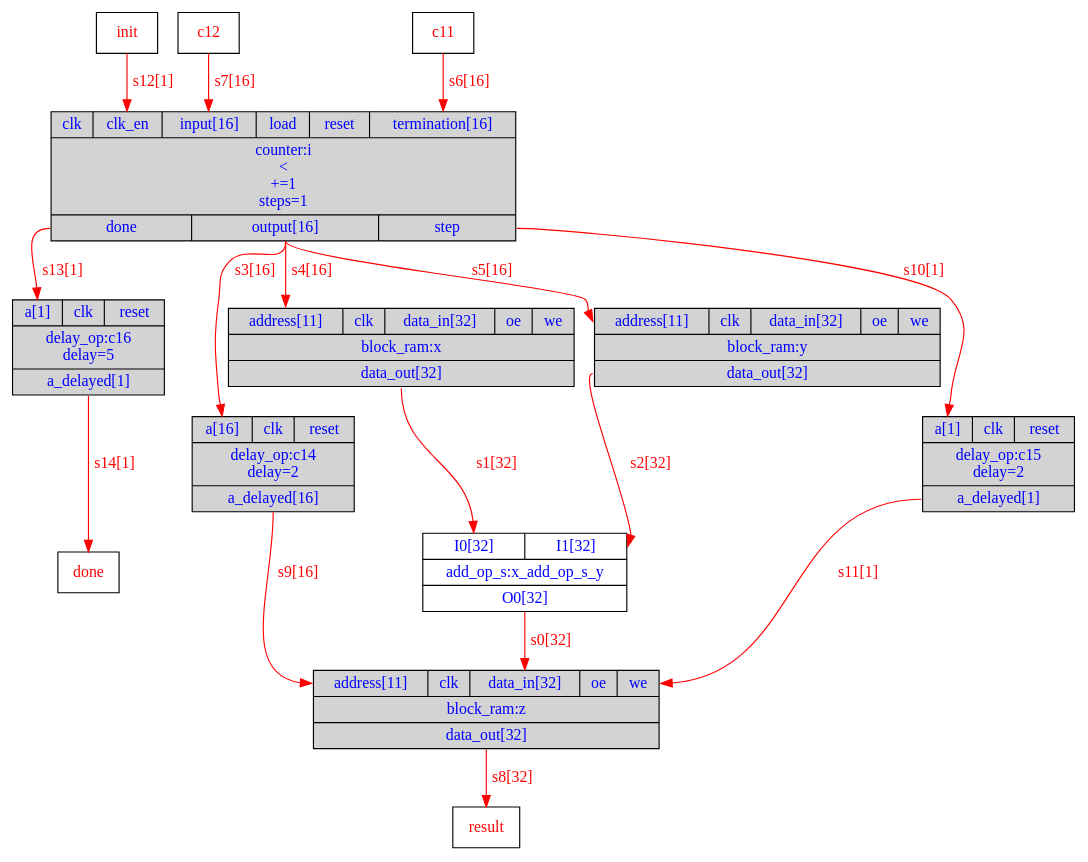
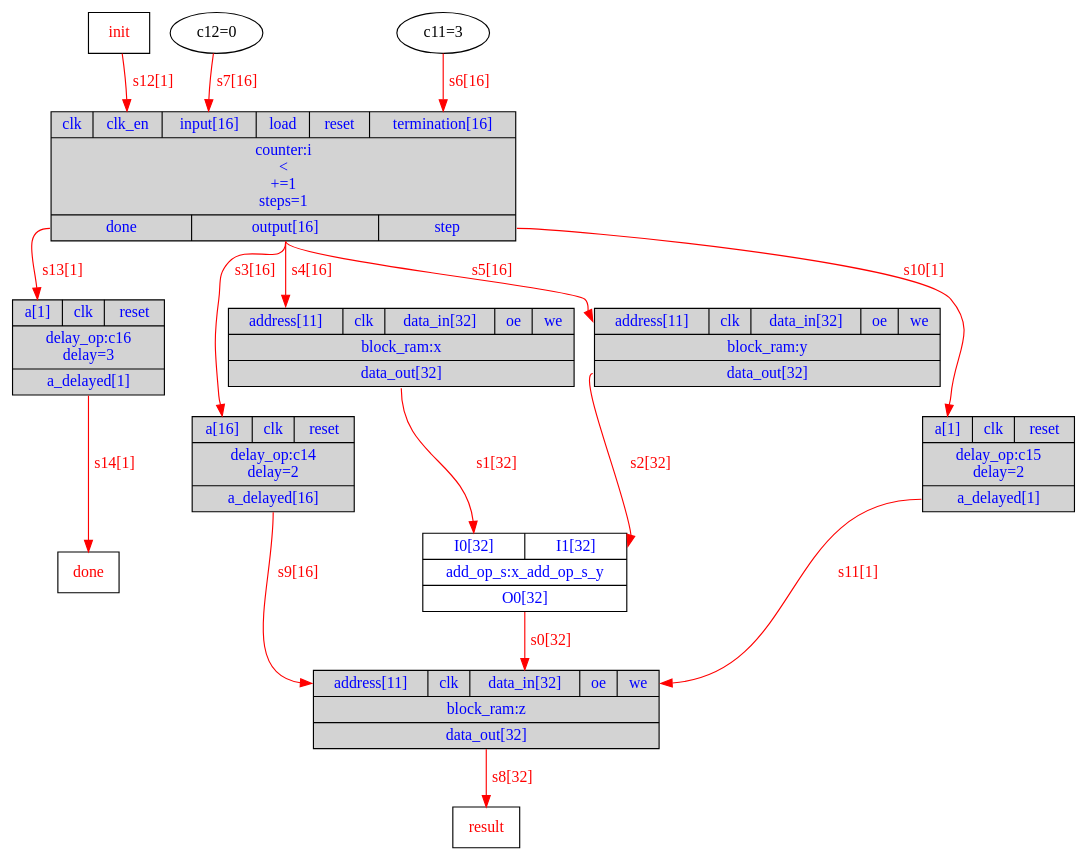
Before and after one commit to menotti/lalp: the diagram in Exemplos/vecsum/DOT/Exemplo_HW.dot, drawn with Graphviz. The commit also changed 44 other files, not shown here.

```diff
--- a/Exemplos/vecsum/DOT/Exemplo_HW.dot
+++ b/Exemplos/vecsum/DOT/Exemplo_HW.dot
@@ -1,27 +1,27 @@
 digraph diagram {
 // Components (Nodes) 
 "i" [shape=record, fontcolor=blue, style="filled", fillcolor="lightgray", label="{{<clk>clk|<clk_en>clk_en|<input>input[16]|<load>load|<reset>reset|<termination>termination[16]}|counter:i\n\<\n+=1\nsteps=1|{<done>done|<output>output[16]|<step>step}}"]; 
 "z" [shape=record, fontcolor=blue, style="filled", fillcolor="lightgray", label="{{<address>address[11]|<clk>clk|<data_in>data_in[32]|<oe>oe|<we>we}|block_ram:z|{<data_out>data_out[32]}}"]; 
 "x_add_op_s_y" [shape=record, fontcolor=blue, label="{{<I0>I0[32]|<I1>I1[32]}|add_op_s:x_add_op_s_y|{<O0>O0[32]}}"]; 
 "x" [shape=record, fontcolor=blue, style="filled", fillcolor="lightgray", label="{{<address>address[11]|<clk>clk|<data_in>data_in[32]|<oe>oe|<we>we}|block_ram:x|{<data_out>data_out[32]}}"]; 
 "y" [shape=record, fontcolor=blue, style="filled", fillcolor="lightgray", label="{{<address>address[11]|<clk>clk|<data_in>data_in[32]|<oe>oe|<we>we}|block_ram:y|{<data_out>data_out[32]}}"]; 
-"init" [shape=msquare fontcolor=red label="init"]"done" [shape=msquare fontcolor=red label="done"]"c11" [shape=msquare fontcolor=red label="c11"]"c12" [shape=msquare fontcolor=red label="c12"]"result" [shape=msquare fontcolor=red label="result"]"c14" [shape=record, fontcolor=blue, style="filled", fillcolor="lightgray", label="{{<a>a[16]|<clk>clk|<reset>reset}|delay_op:c14\ndelay=2|{<a_delayed>a_delayed[16]}}"]; 
+"init" [shape=msquare fontcolor=red label="init"]"done" [shape=msquare fontcolor=red label="done"]"c11" [fontcolor=b label="c11=3"]"c12" [fontcolor=b label="c12=0"]"result" [shape=msquare fontcolor=red label="result"]"c14" [shape=record, fontcolor=blue, style="filled", fillcolor="lightgray", label="{{<a>a[16]|<clk>clk|<reset>reset}|delay_op:c14\ndelay=2|{<a_delayed>a_delayed[16]}}"]; 
 "c15" [shape=record, fontcolor=blue, style="filled", fillcolor="lightgray", label="{{<a>a[1]|<clk>clk|<reset>reset}|delay_op:c15\ndelay=2|{<a_delayed>a_delayed[1]}}"]; 
-"c16" [shape=record, fontcolor=blue, style="filled", fillcolor="lightgray", label="{{<a>a[1]|<clk>clk|<reset>reset}|delay_op:c16\ndelay=5|{<a_delayed>a_delayed[1]}}"]; 
+"c16" [shape=record, fontcolor=blue, style="filled", fillcolor="lightgray", label="{{<a>a[1]|<clk>clk|<reset>reset}|delay_op:c16\ndelay=3|{<a_delayed>a_delayed[1]}}"]; 
 // Signals (Edges) 
 "x_add_op_s_y":O0 -> "z":data_in[label="s0[32]" color=red fontcolor=red]; 
 "x":data_out -> "x_add_op_s_y":I0[label="s1[32]" color=red fontcolor=red]; 
 "y":data_out -> "x_add_op_s_y":I1[label="s2[32]" color=red fontcolor=red]; 
 "i":output -> "c14":a[label="s3[16]" color=red fontcolor=red]; 
 "i":output -> "x":address[label="s4[16]" color=red fontcolor=red]; 
 "i":output -> "y":address[label="s5[16]" color=red fontcolor=red]; 
 "c11":out -> "i":termination[label="s6[16]" color=red fontcolor=red]; 
 "c12":out -> "i":input[label="s7[16]" color=red fontcolor=red]; 
 "z":data_out -> "result":in[label="s8[32]" color=red fontcolor=red]; 
 "c14":a_delayed -> "z":address[label="s9[16]" color=red fontcolor=red]; 
 "i":step -> "c15":a[label="s10[1]" color=red fontcolor=red]; 
 "c15":a_delayed -> "z":we[label="s11[1]" color=red fontcolor=red]; 
 "init":out -> "i":clk_en[label="s12[1]" color=red fontcolor=red]; 
 "i":done -> "c16":a[label="s13[1]" color=red fontcolor=red]; 
 "c16":a_delayed -> "done":in[label="s14[1]" color=red fontcolor=red]; 
 }
```
